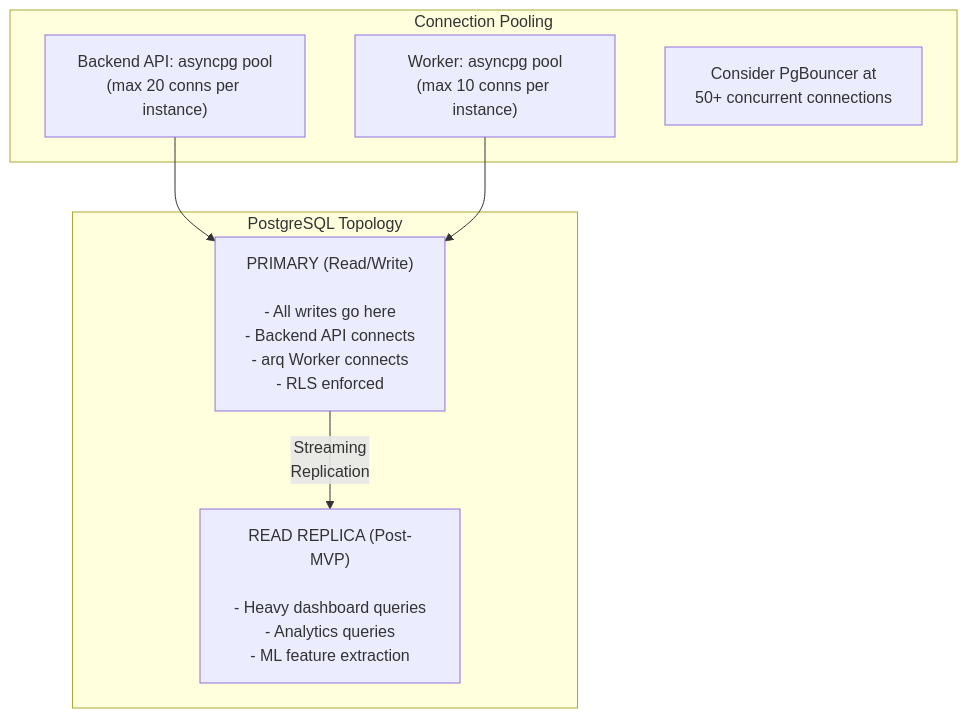
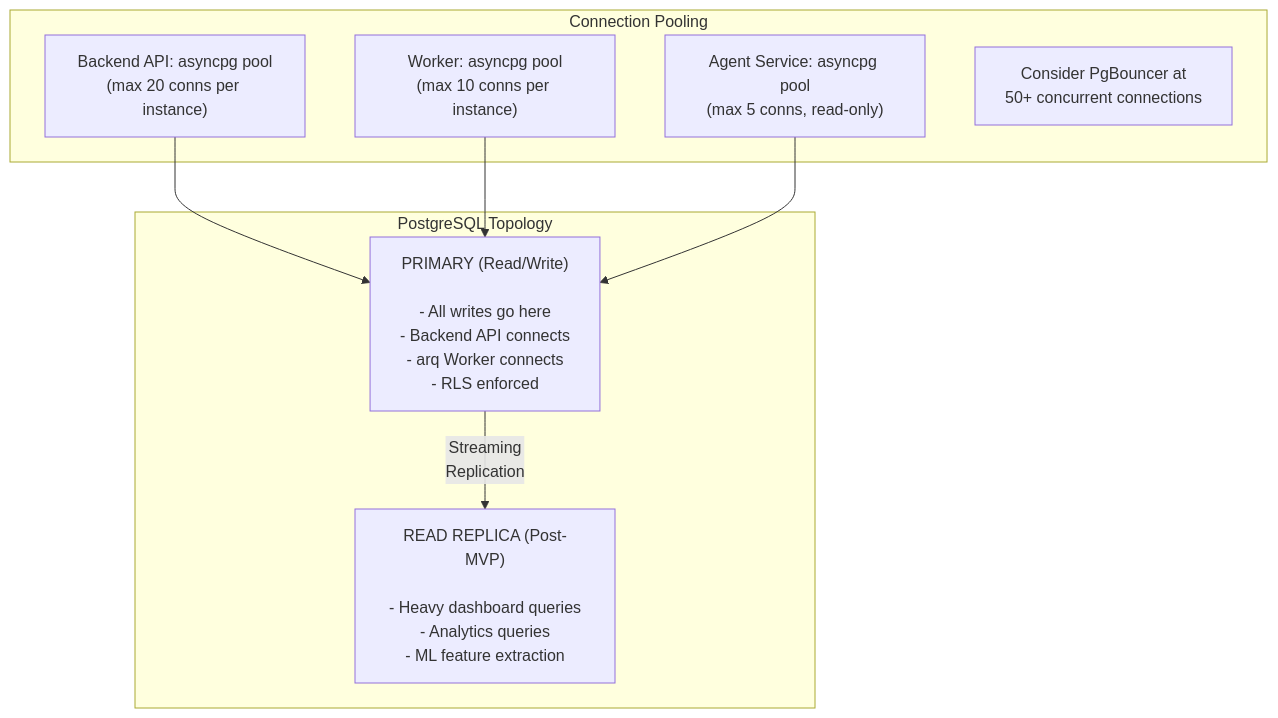
Diagram 12 of 16 in docs/architecture.md (bhanu-singh/rcbl-ntfr), drawn with Mermaid before and after one commit. The commit also changed other lines of this file and 1 other file, not shown here.

````diff
--- a/docs/architecture.md
+++ b/docs/architecture.md
@@ -1000,18 +1091,20 @@
 ```mermaid
 graph TB
     subgraph PG_TOPOLOGY["PostgreSQL Topology"]
         PRIMARY["PRIMARY (Read/Write)<br/><br/>- All writes go here<br/>- Backend API connects<br/>- arq Worker connects<br/>- RLS enforced"]
         REPLICA["READ REPLICA (Post-MVP)<br/><br/>- Heavy dashboard queries<br/>- Analytics queries<br/>- ML feature extraction"]
 
         PRIMARY -->|"Streaming<br/>Replication"| REPLICA
     end
 
     subgraph POOLING["Connection Pooling"]
         API_POOL["Backend API: asyncpg pool<br/>(max 20 conns per instance)"]
         WORKER_POOL["Worker: asyncpg pool<br/>(max 10 conns per instance)"]
+        AGENT_POOL["Agent Service: asyncpg pool<br/>(max 5 conns, read-only)"]
         PGBOUNCER["Consider PgBouncer at<br/>50+ concurrent connections"]
     end
 
     API_POOL --> PRIMARY
     WORKER_POOL --> PRIMARY
+    AGENT_POOL --> PRIMARY
 ```
````
